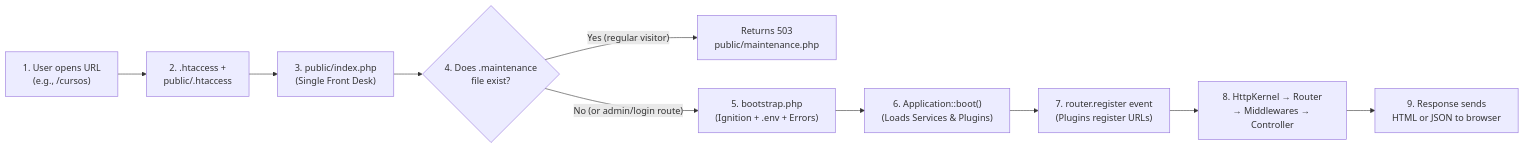
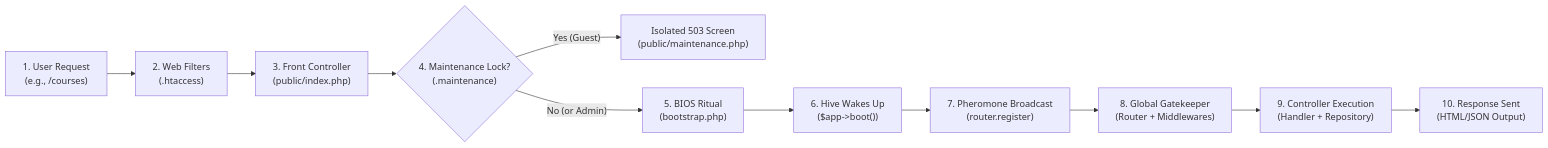
One commit to hadelrachid/domain-system changed the diagram in docs/documentacao-sistema/en/00-introduction.md. Above: the diagram before and after it, drawn with Mermaid. The commit also changed other lines of this file and 5 other files, not shown here.

````diff
--- a/docs/documentacao-sistema/en/00-introduction.md
+++ b/docs/documentacao-sistema/en/00-introduction.md
@@ -107,12 +118,13 @@
 ```mermaid
 flowchart LR
-    U["1. User opens URL<br/>(e.g., /cursos)"] --> H["2. .htaccess +<br/>public/.htaccess"]
-    H --> IDX["3. public/index.php<br/>(Single Front Desk)"]
-    IDX --> M{"4. Does .maintenance<br/>file exist?"}
-    M -- "Yes (regular visitor)" --> M503["Returns 503<br/>public/maintenance.php"]
-    M -- "No (or admin/login route)" --> BOOT["5. bootstrap.php<br/>(Ignition + .env + Errors)"]
-    BOOT --> APP["6. Application::boot()<br/>(Loads Services & Plugins)"]
-    APP --> REG["7. router.register event<br/>(Plugins register URLs)"]
-    REG --> HK["8. HttpKernel → Router<br/>→ Middlewares → Controller"]
-    HK --> RES["9. Response sends<br/>HTML or JSON to browser"]
+    CLI["1. User Request<br/>(e.g., /courses)"] --> HT["2. Web Filters<br/>(.htaccess)"]
+    HT --> IDX["3. Front Controller<br/>(public/index.php)"]
+    IDX --> LOCK{"4. Maintenance Lock?<br/>(.maintenance)"}
+    LOCK -- "Yes (Guest)" --> S503["Isolated 503 Screen<br/>(public/maintenance.php)"]
+    LOCK -- "No (or Admin)" --> BOOT["5. BIOS Ritual<br/>(bootstrap.php)"]
+    BOOT --> KRN["6. Hive Wakes Up<br/>($app->boot())"]
+    KRN --> RAD["7. Pheromone Broadcast<br/>(router.register)"]
+    RAD --> GATE["8. Global Gatekeeper<br/>(Router + Middlewares)"]
+    GATE --> WORK["9. Controller Execution<br/>(Handler + Repository)"]
+    WORK --> RES["10. Response Sent<br/>(HTML/JSON Output)"]
 ```
````
